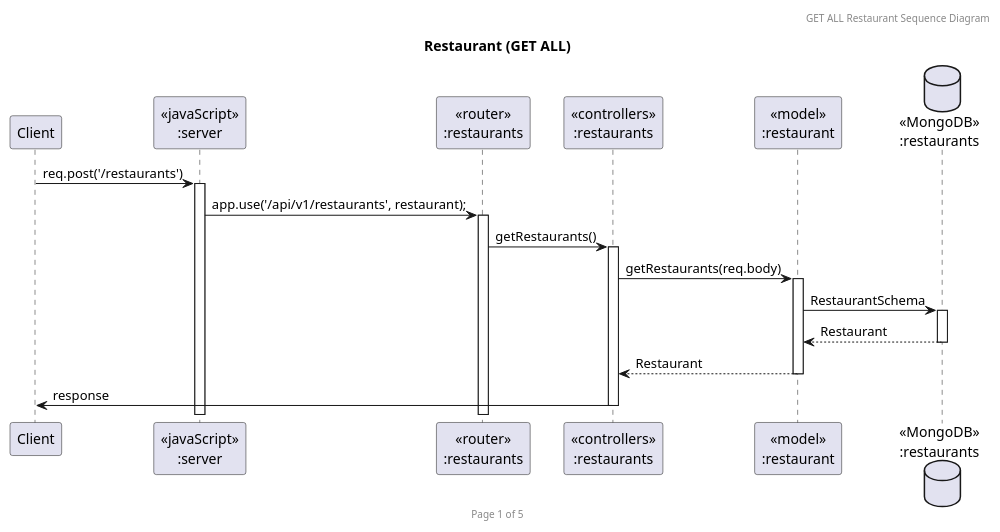
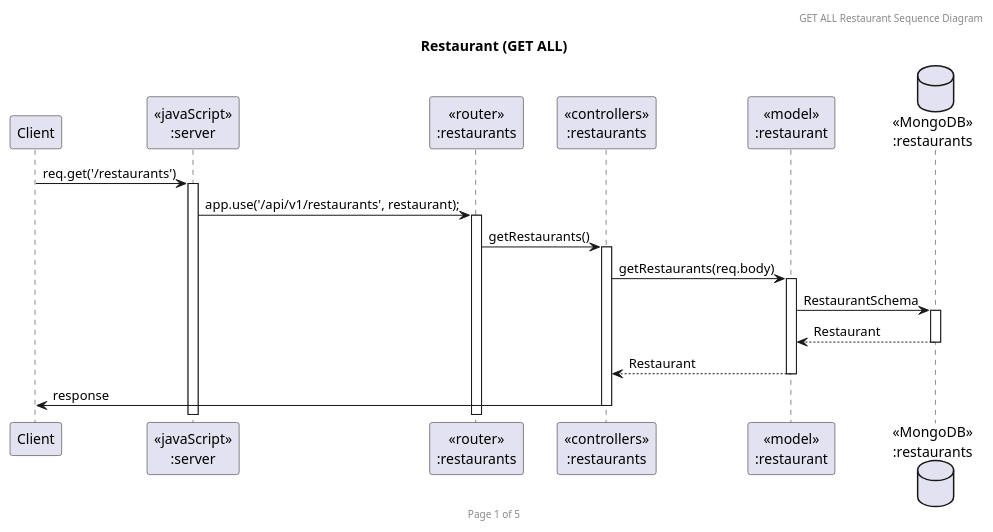
One commit to marshmeowllo/RestaurantReservation changed the diagram in Sequence Diagram/Restaurant/RestaurantGetAll.puml. Above: the diagram before and after it, drawn with PlantUML. The commit also changed 6 other files, not shown here.

```diff
--- a/Sequence Diagram/Restaurant/RestaurantGetAll.puml
+++ b/Sequence Diagram/Restaurant/RestaurantGetAll.puml
@@ -1,23 +1,23 @@
 @startuml Restaurant (GET ALL)
 
 header GET ALL Restaurant Sequence Diagram
 footer Page 1 of 5
 title "Restaurant (GET ALL)"
 
 participant "Client" as client
 participant "<<javaScript>>\n:server" as server
 participant "<<router>>\n:restaurants" as routerRestaurants
 participant "<<controllers>>\n:restaurants" as controllersRestaurants
 participant "<<model>>\n:restaurant" as modelRestaurants
 database "<<MongoDB>>\n:restaurants" as RestaurantDatabase
 
-client->server ++:req.post('/restaurants')
+client->server ++:req.get('/restaurants')
 server->routerRestaurants ++:app.use('/api/v1/restaurants', restaurant);
 routerRestaurants -> controllersRestaurants ++:getRestaurants()
 controllersRestaurants->modelRestaurants ++: getRestaurants(req.body)
 modelRestaurants ->RestaurantDatabase ++: RestaurantSchema
 RestaurantDatabase --> modelRestaurants --: Restaurant
 controllersRestaurants <-- modelRestaurants --:Restaurant
 controllersRestaurants->client --:response
 
 @enduml
```
